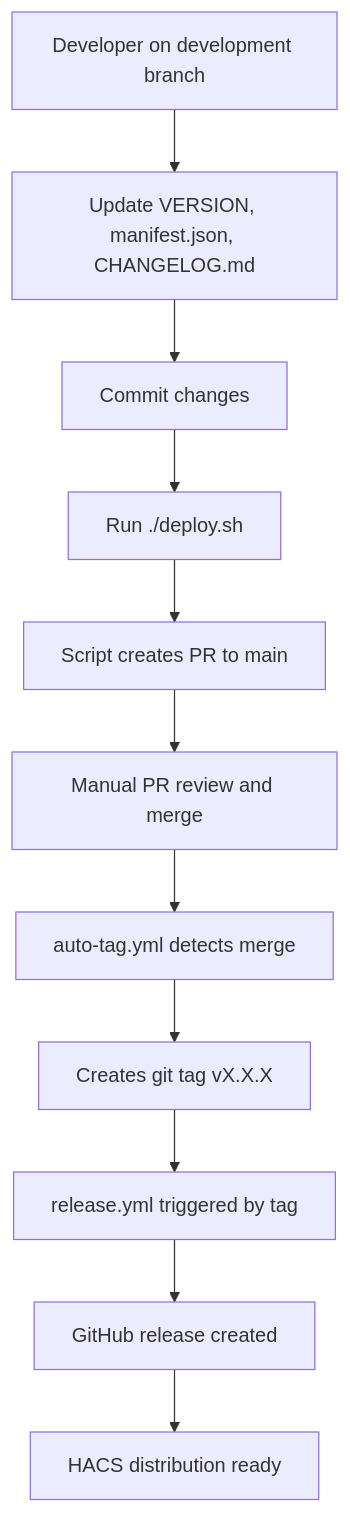
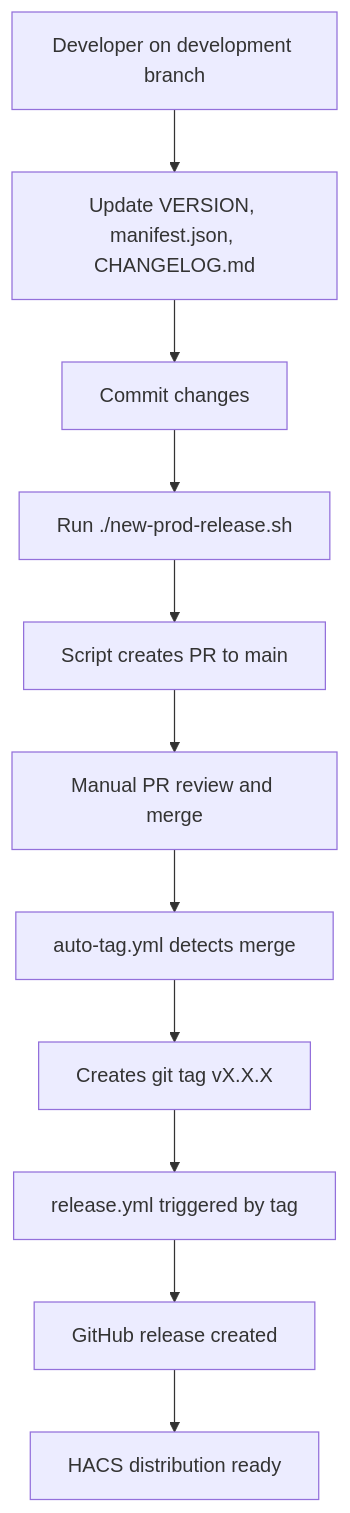
Before and after one commit to samspade21/vacasa-ha: the diagram in DEPLOYMENT.md, drawn with Mermaid. The commit also changed other lines of this file and 15 other files, not shown here.

````diff
--- a/DEPLOYMENT.md
+++ b/DEPLOYMENT.md
@@ -267,13 +267,13 @@
 ```mermaid
 graph TD
     A[Developer on development branch] --> B[Update VERSION, manifest.json, CHANGELOG.md]
     B --> C[Commit changes]
-    C --> D[Run ./deploy.sh]
+    C --> D[Run ./new-prod-release.sh]
     D --> E[Script creates PR to main]
     E --> F[Manual PR review and merge]
     F --> G[auto-tag.yml detects merge]
     G --> H[Creates git tag vX.X.X]
     H --> I[release.yml triggered by tag]
     I --> J[GitHub release created]
     J --> K[HACS distribution ready]
 ```
````
